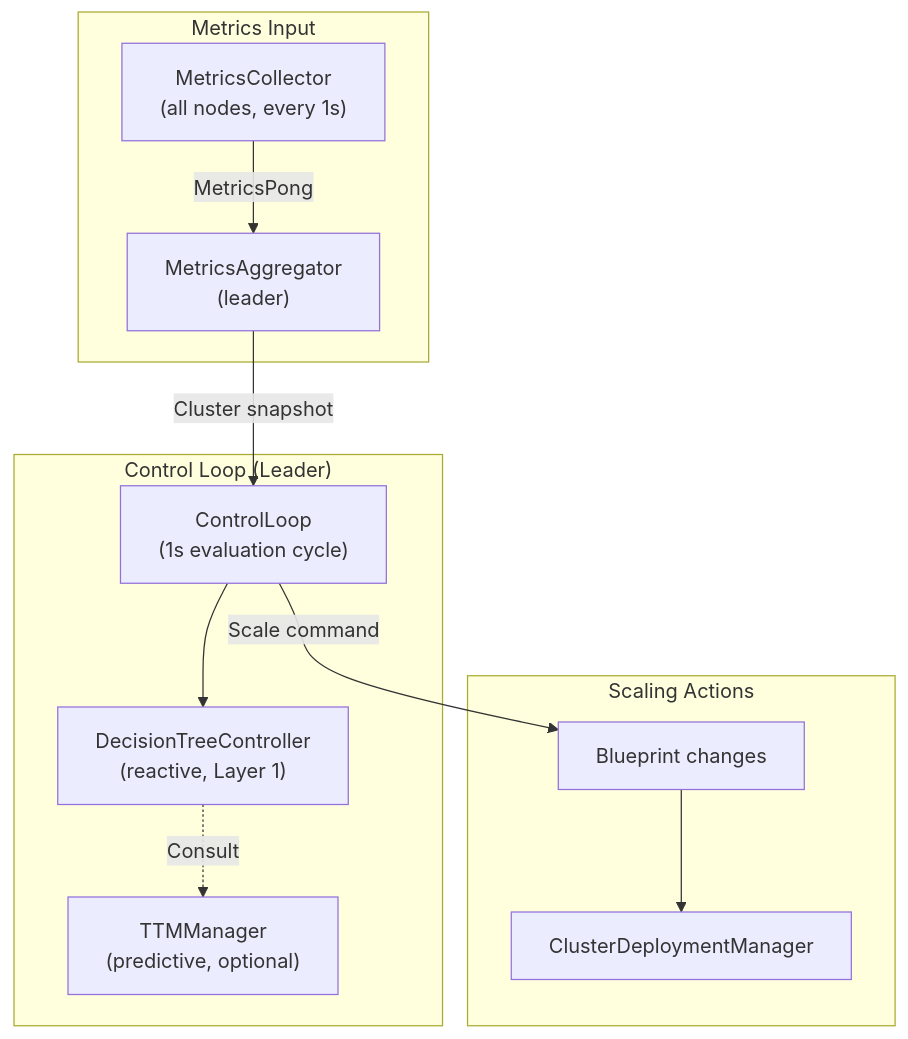
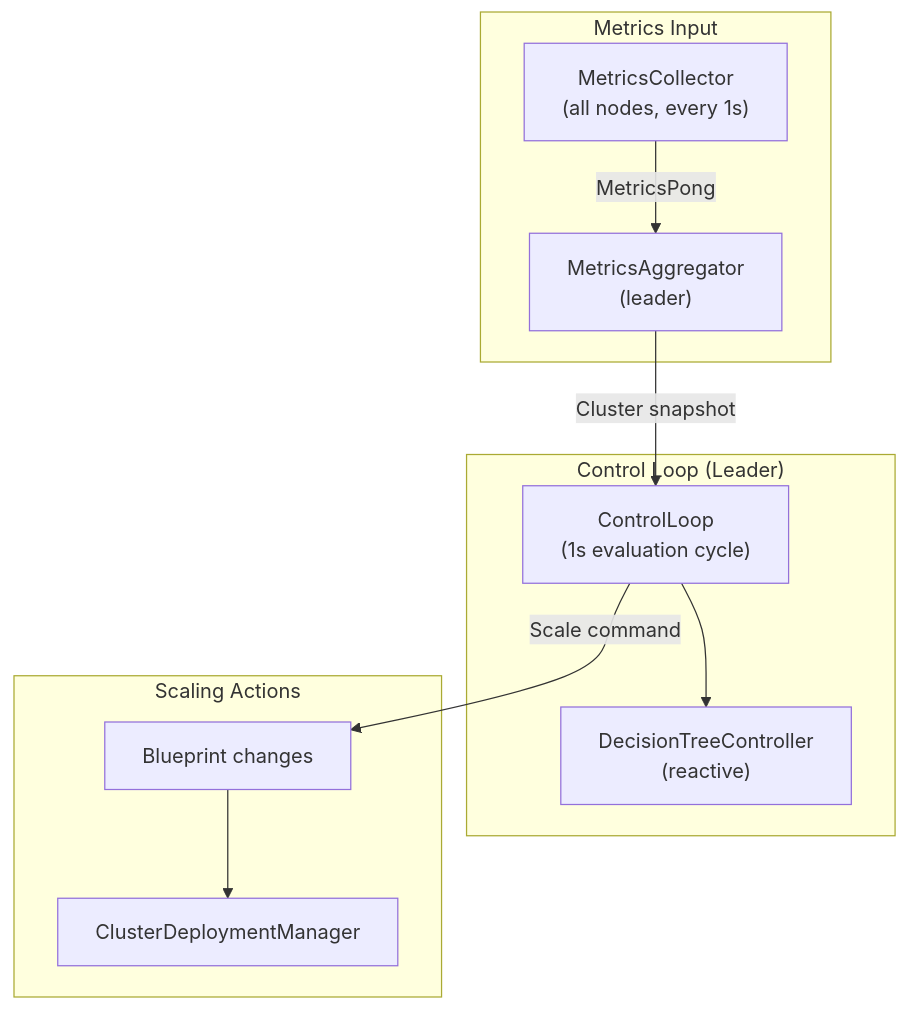
Before and after one commit to pragmaticalabs/pragmatica: the first of 4 diagrams in aether/docs/architecture/08-scaling.md, drawn with Mermaid. The commit also changed other lines of this file and 85 other files, not shown here.

````diff
--- a/aether/docs/architecture/08-scaling.md
+++ b/aether/docs/architecture/08-scaling.md
@@ -9,27 +9,25 @@
 ```mermaid
 graph TB
     subgraph Input["Metrics Input"]
         MC["MetricsCollector<br/>(all nodes, every 1s)"]
         MAG["MetricsAggregator<br/>(leader)"]
     end
 
     subgraph Control["Control Loop (Leader)"]
         CL["ControlLoop<br/>(1s evaluation cycle)"]
-        DTC["DecisionTreeController<br/>(reactive, Layer 1)"]
-        TTM["TTMManager<br/>(predictive, optional)"]
+        DTC["DecisionTreeController<br/>(reactive)"]
     end
 
     subgraph Output["Scaling Actions"]
         BP["Blueprint changes"]
         CDM["ClusterDeploymentManager"]
     end
 
     MC -->|"MetricsPong"| MAG
     MAG -->|"Cluster snapshot"| CL
 
     CL --> DTC
-    DTC -.->|"Consult"| TTM
 
     CL -->|"Scale command"| BP
     BP --> CDM
 ```
````
